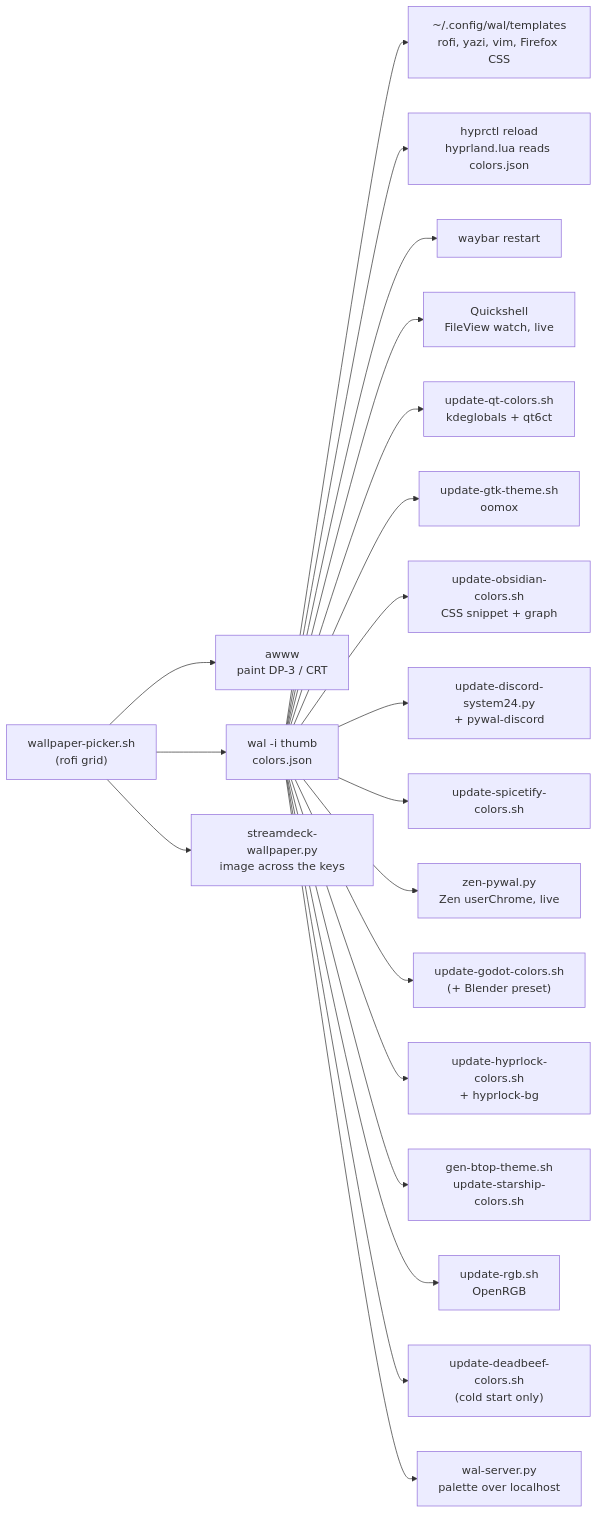
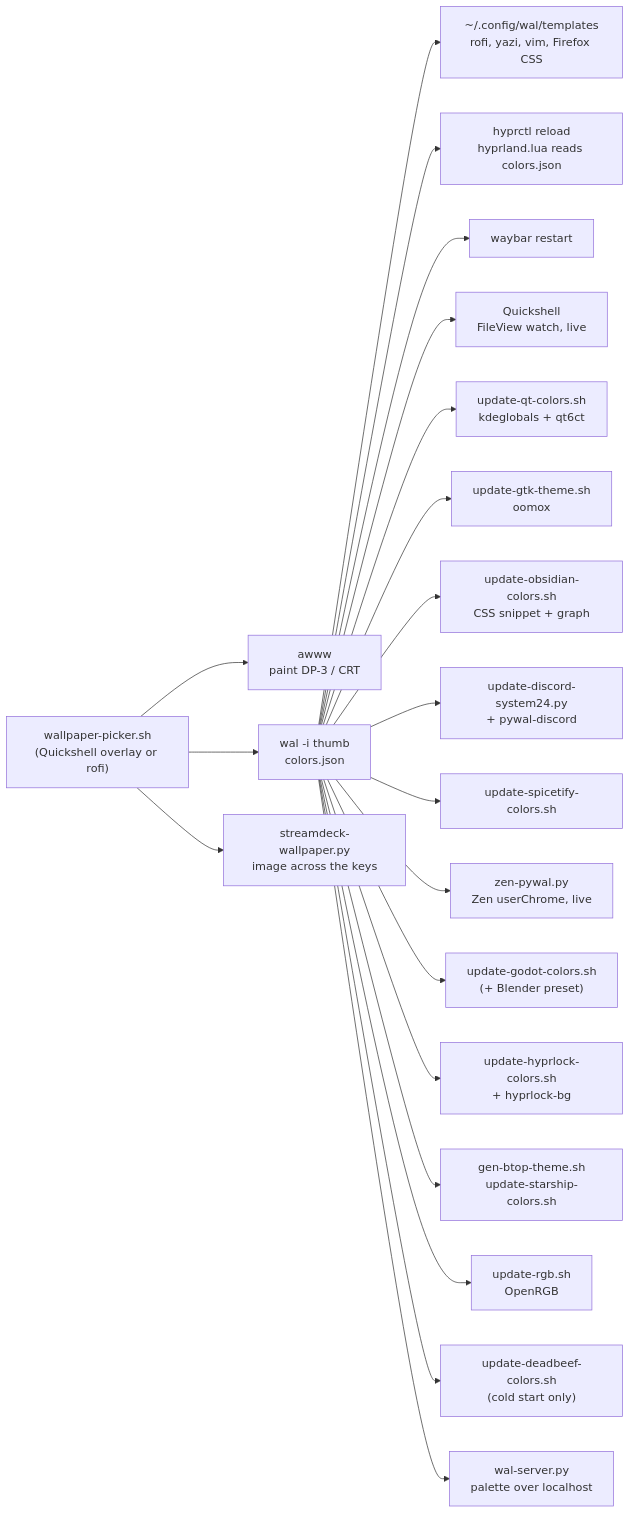
One commit to CipherNovaa/dotfiles changed the diagram in README.md. Above: the diagram before and after it, drawn with Mermaid. The commit also changed other lines of this file and 7 other files, not shown here.

First line of the commit message:
wallpaper picker: add a Quickshell overlay

````diff
--- a/README.md
+++ b/README.md
@@ -27,22 +27,22 @@
 ```mermaid
 flowchart LR
-    P["wallpaper-picker.sh<br/>(rofi grid)"] --> A["awww<br/>paint DP-3 / CRT"]
+    P["wallpaper-picker.sh<br/>(Quickshell overlay or rofi)"] --> A["awww<br/>paint DP-3 / CRT"]
     P --> W["wal -i thumb<br/>colors.json"]
     P --> SD["streamdeck-wallpaper.py<br/>image across the keys"]
     W --> T["~/.config/wal/templates<br/>rofi, yazi, vim, Firefox CSS"]
     W --> H["hyprctl reload<br/>hyprland.lua reads colors.json"]
     W --> WB["waybar restart"]
     W --> Q["Quickshell<br/>FileView watch, live"]
     W --> U1["update-qt-colors.sh<br/>kdeglobals + qt6ct"]
     W --> U2["update-gtk-theme.sh<br/>oomox"]
     W --> U3["update-obsidian-colors.sh<br/>CSS snippet + graph"]
     W --> U4["update-discord-system24.py<br/>+ pywal-discord"]
     W --> U5["update-spicetify-colors.sh"]
     W --> U6["zen-pywal.py<br/>Zen userChrome, live"]
     W --> U7["update-godot-colors.sh<br/>(+ Blender preset)"]
     W --> U8["update-hyprlock-colors.sh<br/>+ hyprlock-bg"]
     W --> U9["gen-btop-theme.sh<br/>update-starship-colors.sh"]
     W --> U10["update-rgb.sh<br/>OpenRGB"]
     W --> U11["update-deadbeef-colors.sh<br/>(cold start only)"]
     W --> U12["wal-server.py<br/>palette over localhost"]
 ```
````
